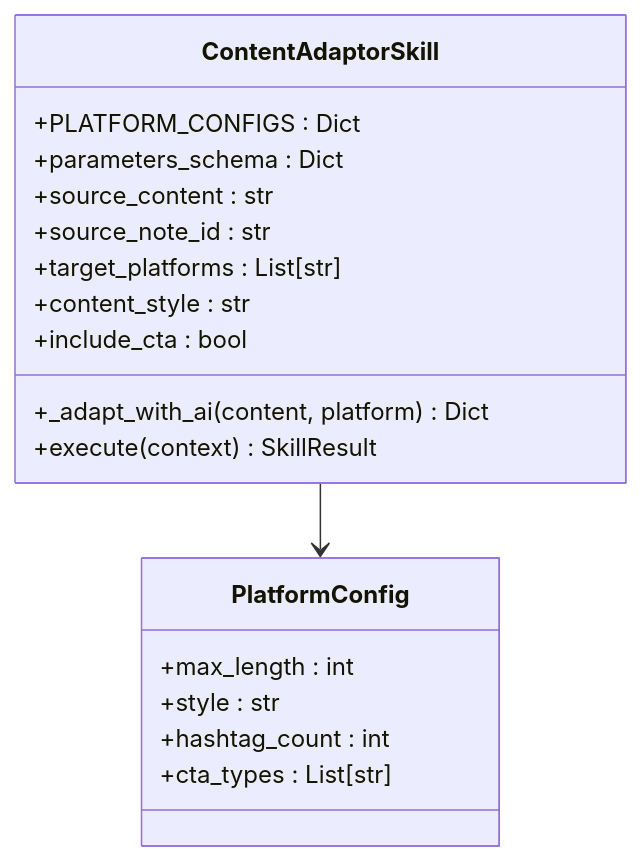
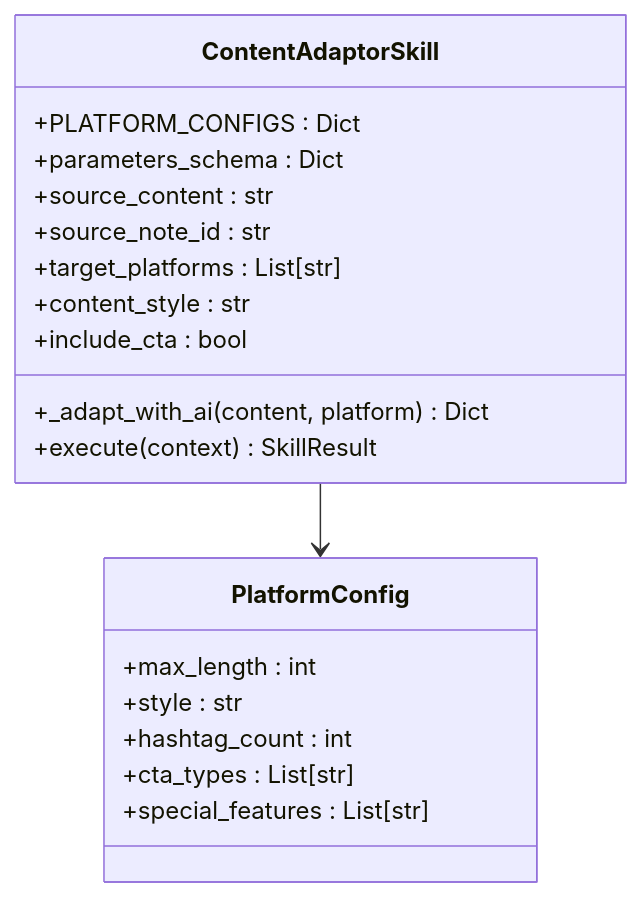
One commit to jackeyunjie/open-notebook changed the ninth of 15 diagrams in .qoder/repowiki/zh/content/项目概述/核心功能特性/技能系统/Vikki内容运营技能系统.md. Above: the diagram before and after it, drawn with Mermaid. The commit also changed other lines of this file and 89 other files, not shown here.

````diff
--- a/.qoder/repowiki/zh/content/项目概述/核心功能特性/技能系统/Vikki内容运营技能系统.md
+++ b/.qoder/repowiki/zh/content/项目概述/核心功能特性/技能系统/Vikki内容运营技能系统.md
@@ -391,21 +400,22 @@
 ```mermaid
 classDiagram
 class ContentAdaptorSkill {
 +PLATFORM_CONFIGS : Dict
 +parameters_schema : Dict
 +source_content : str
 +source_note_id : str
 +target_platforms : List[str]
 +content_style : str
 +include_cta : bool
 +_adapt_with_ai(content, platform) Dict
 +execute(context) SkillResult
 }
 class PlatformConfig {
 +max_length : int
 +style : str
 +hashtag_count : int
 +cta_types : List[str]
++special_features : List[str]
 }
 ContentAdaptorSkill --> PlatformConfig
 ```
````
